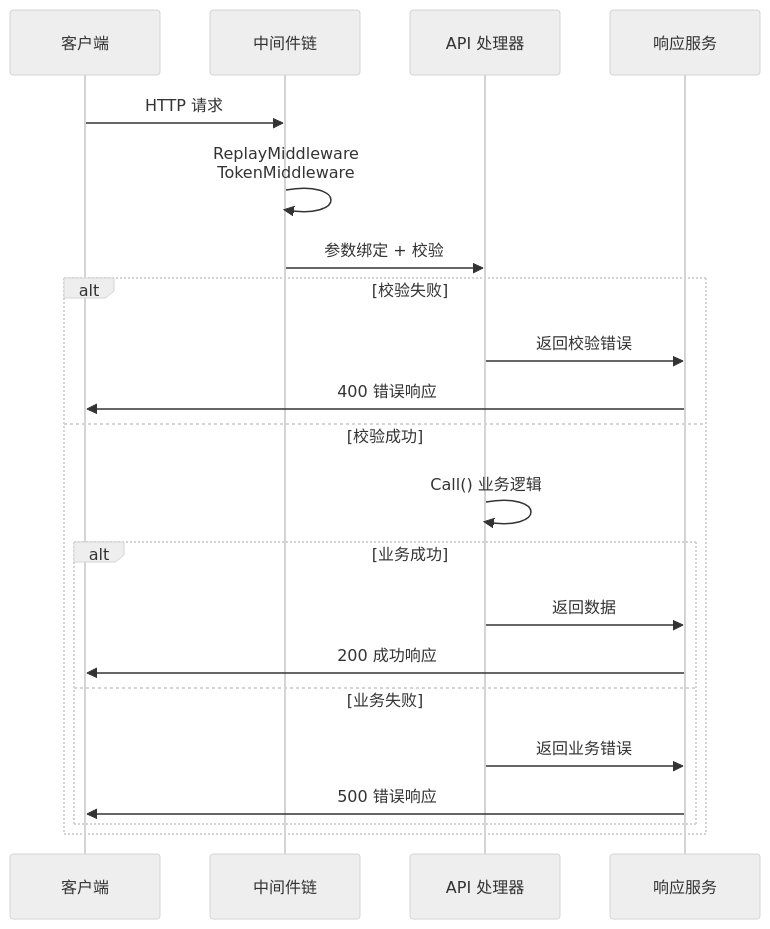
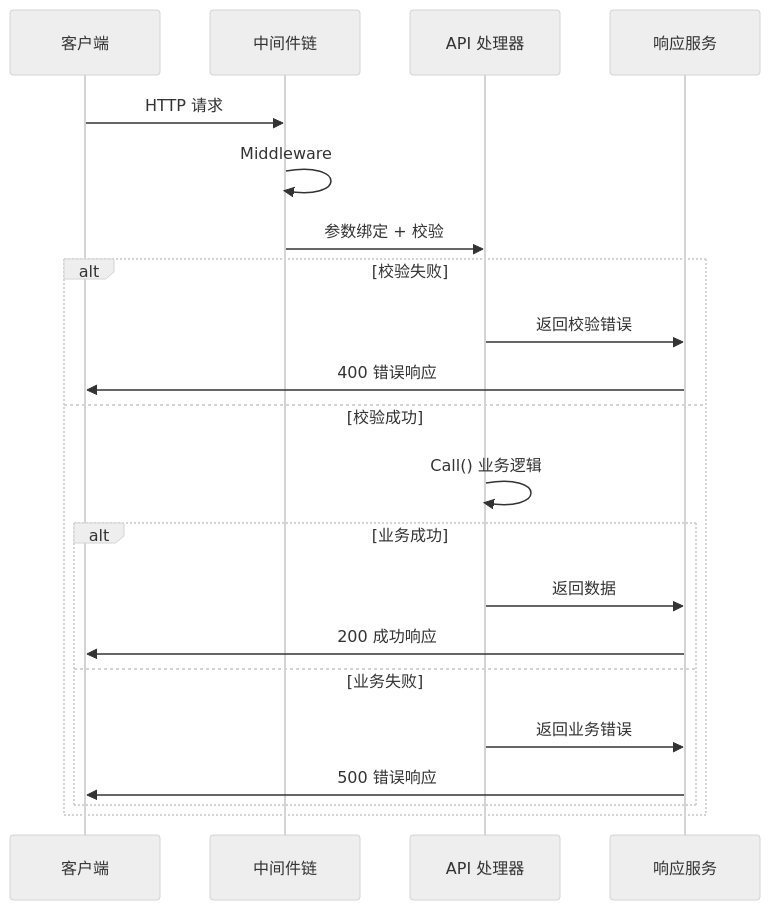
Before and after one commit to bestHeCC/Hecc-Blot: the diagram in docs/routes_middleware.md, drawn with Mermaid (neutral theme).

Commit message:
docs(routes_middleware): 简化中间件文档流程描述
将具体中间件名称替换为通用Middleware表述，统一文档展示形式

````diff
--- a/docs/routes_middleware.md
+++ b/docs/routes_middleware.md
@@ -9,24 +9,24 @@
 ```mermaid
 sequenceDiagram
     participant Client as 客户端
     participant MW as 中间件链
     participant API as API 处理器
     participant Resp as 响应服务
     
     Client->>MW: HTTP 请求
-    MW->>MW: ReplayMiddleware<br/>TokenMiddleware
+    MW->>MW: Middleware
     MW->>API: 参数绑定 + 校验
     alt 校验失败
         API->>Resp: 返回校验错误
         Resp->>Client: 400 错误响应
     else 校验成功
         API->>API: Call() 业务逻辑
         alt 业务成功
             API->>Resp: 返回数据
             Resp->>Client: 200 成功响应
         else 业务失败
             API->>Resp: 返回业务错误
             Resp->>Client: 500 错误响应
         end
     end
 ```
````
